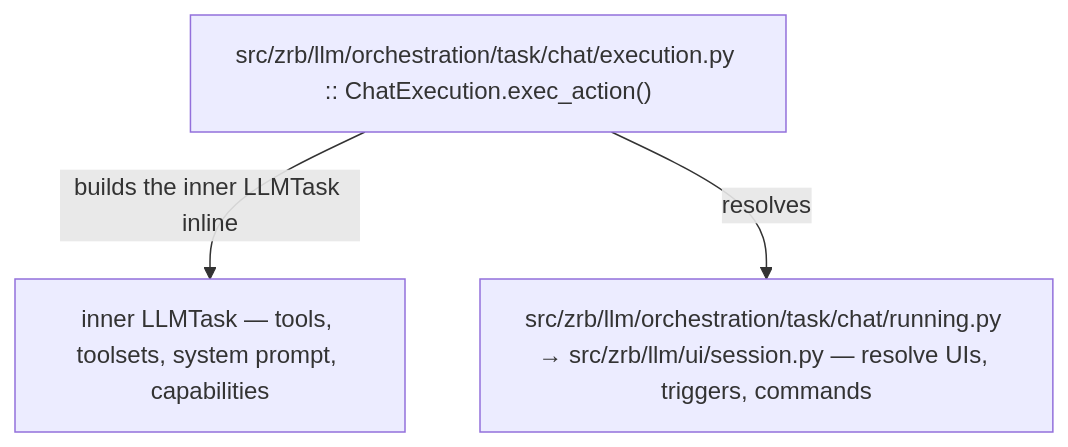
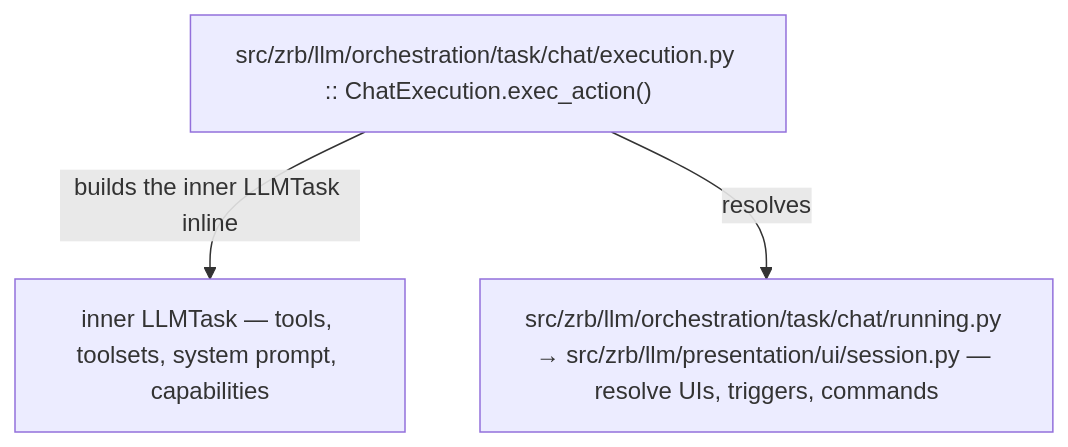
Before and after one commit to state-alchemists/zrb: the third of 7 diagrams in docs/llm/llm-chat-lifecycle.md, drawn with Mermaid. The commit also changed other lines of this file and 486 other files, not shown here.

````diff
--- a/docs/llm/llm-chat-lifecycle.md
+++ b/docs/llm/llm-chat-lifecycle.md
@@ -57,6 +57,6 @@
 ```mermaid
 flowchart TD
     Exec["src/zrb/llm/orchestration/task/chat/execution.py :: ChatExecution.exec_action()"]
     Exec -->|builds the inner LLMTask inline| Build["inner LLMTask — tools, toolsets, system prompt, capabilities"]
-    Exec -->|resolves| Running["src/zrb/llm/orchestration/task/chat/running.py → src/zrb/llm/ui/session.py — resolve UIs, triggers, commands"]
+    Exec -->|resolves| Running["src/zrb/llm/orchestration/task/chat/running.py → src/zrb/llm/presentation/ui/session.py — resolve UIs, triggers, commands"]
 ```
````
